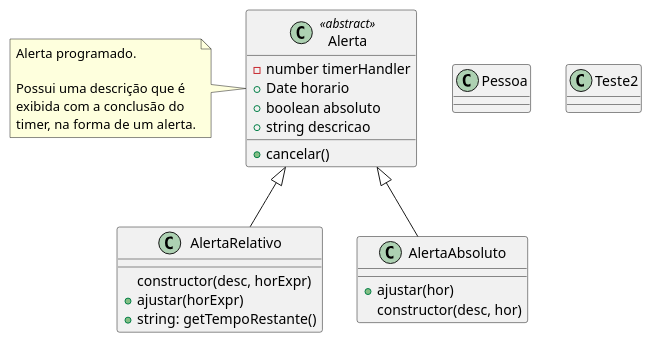
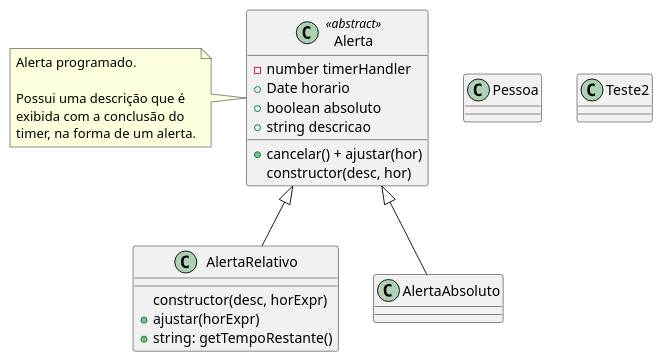
The diagram in classes.puml (ruipimentel/plantuml-demo), drawn with PlantUML before and after one commit.

Commit message:
movido metodos e removido alertaabsoluto

```diff
--- a/classes.puml
+++ b/classes.puml
@@ -1,34 +1,30 @@
 @startuml "Classes"
 
 top to bottom direction
 
 class Pessoa {
 }
 
 class Alerta <<abstract>> {
   - number timerHandler
   + Date horario
   + boolean absoluto
   + string descricao
-  + cancelar()
+  + cancelar() + ajustar(hor)
+  constructor(desc, hor)
 }
 note left of Alerta : Alerta programado.\n\nPossui uma descrição que é\nexibida com a conclusão do\ntimer, na forma de um alerta.
 
 class AlertaRelativo {
   constructor(desc, horExpr)
   + ajustar(horExpr)
   + string: getTempoRestante()
 }
 
-class AlertaAbsoluto {
-  + ajustar(hor)
-  constructor(desc, hor)
-}
-
 class Teste2 {
 }
 
 Alerta <|-- AlertaRelativo
 Alerta <|-- AlertaAbsoluto
 
 @enduml
```
